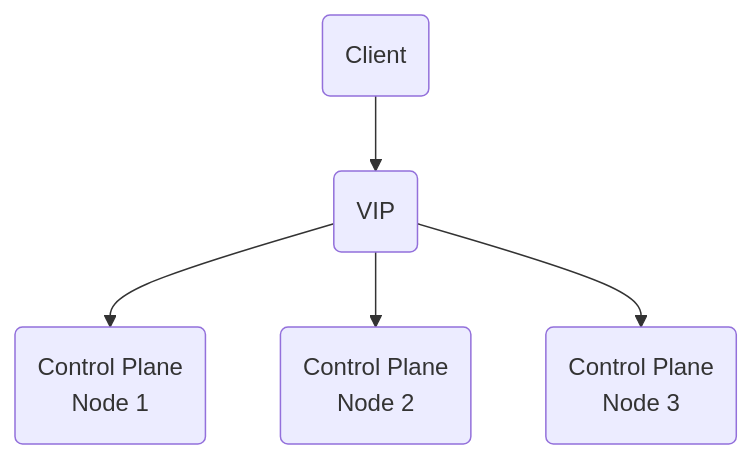
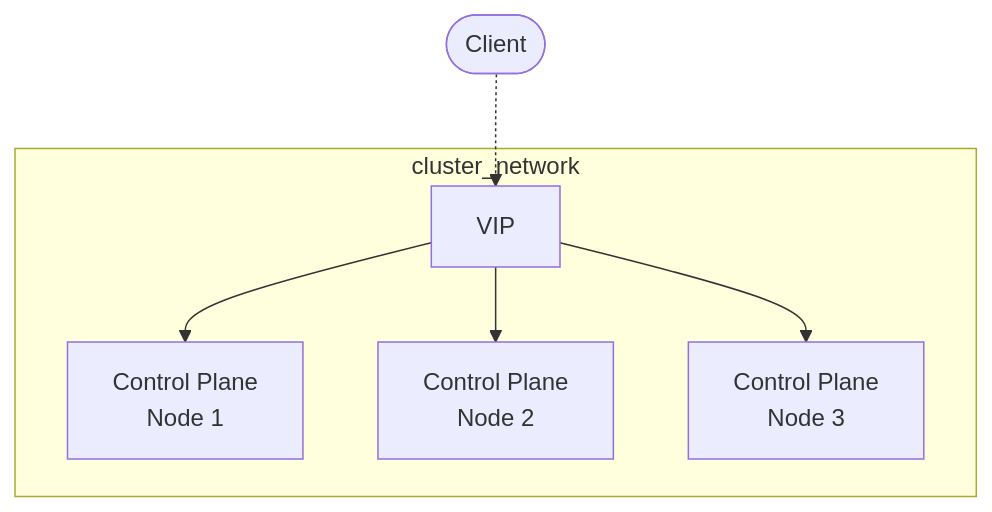
Before and after one commit to mcfio/home-cluster: the second of 2 diagrams in docs/networking/general.md, drawn with Mermaid. The commit also changed other lines of this file and 3 other files, not shown here.

````diff
--- a/docs/networking/general.md
+++ b/docs/networking/general.md
@@ -29,7 +32,9 @@
 ```mermaid
-graph TD
-  C1(Client)-->VIP(VIP)
-  VIP-->CP1(Control Plane<br>Node 1)
-  VIP-->CP2(Control Plane<br>Node 2)
-  VIP-->CP3(Control Plane<br>Node 3)
+graph TD;
+  client([Client]).->VIP[VIP];
+  subgraph cluster_network
+    VIP-->CP1[Control Plane<br>Node 1];
+    VIP-->CP2[Control Plane<br>Node 2];
+    VIP-->CP3[Control Plane<br>Node 3];
+  end;
 ```
````
